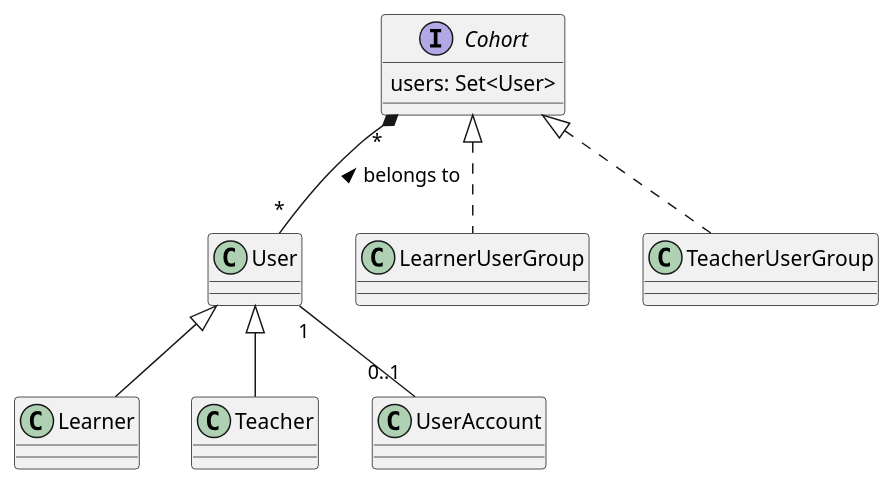
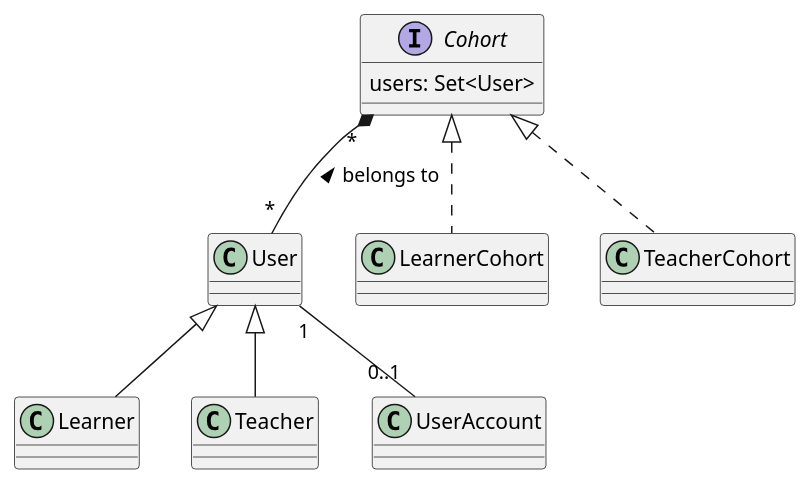
The diagram in docs/technical/uml/user.puml (elaastic/ElaastiX), drawn with PlantUML before and after one commit. The commit also changed 1 other file, not shown here.

Commit message:
doc(model): Rename UserGroup to Cohort

```diff
--- a/docs/technical/uml/user.puml
+++ b/docs/technical/uml/user.puml
@@ -1,19 +1,19 @@
 @startuml(id=User)
 'https://plantuml.com/class-diagram
 
 class User
 class Learner extends User
 class Teacher extends User
 
 interface Cohort {
     users: Set<User>
 }
 
-class LearnerUserGroup implements Cohort
-class TeacherUserGroup implements Cohort
+class LearnerCohort implements Cohort
+class TeacherCohort implements Cohort
 
 Cohort "*" *-- "*" User : belongs to <
 
 User "1" -- "0..1" UserAccount
 
 @enduml
```
